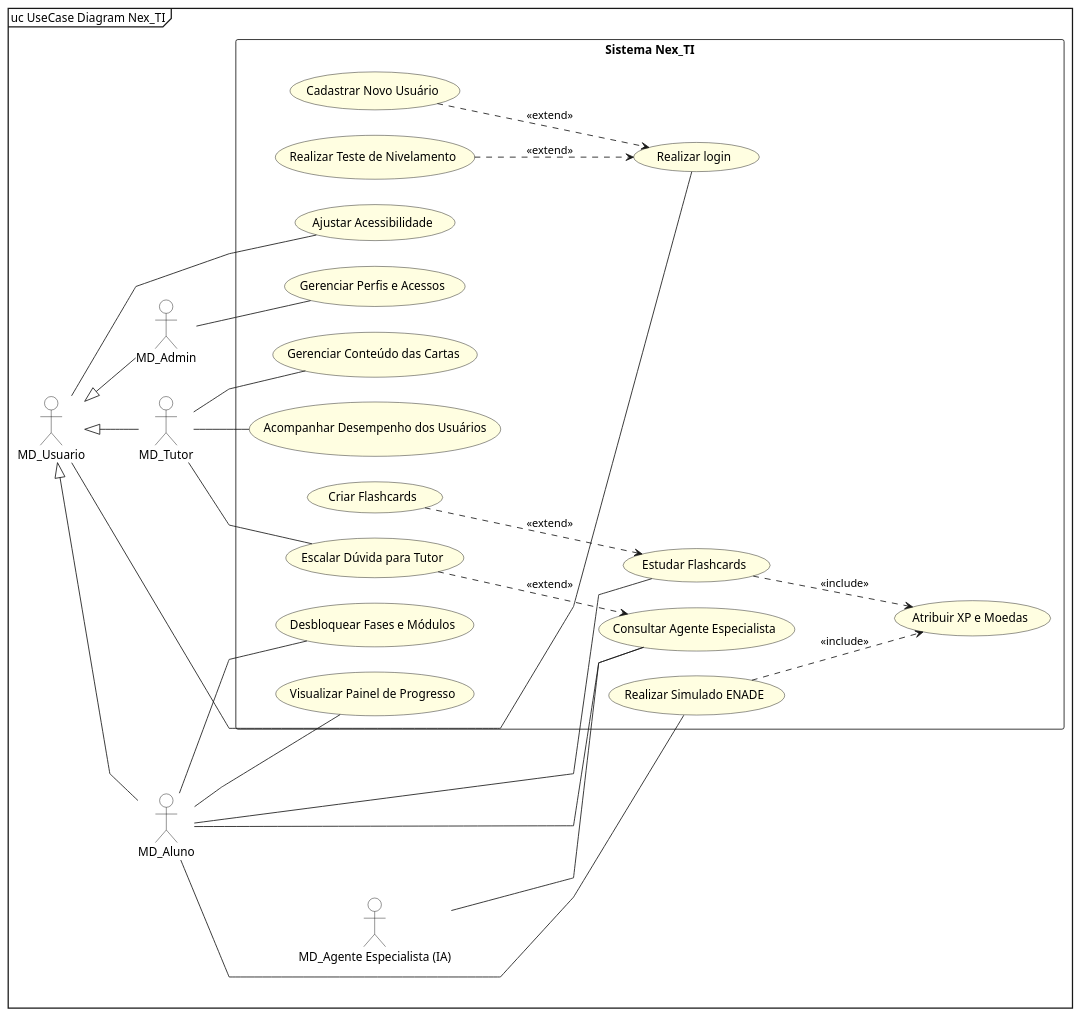
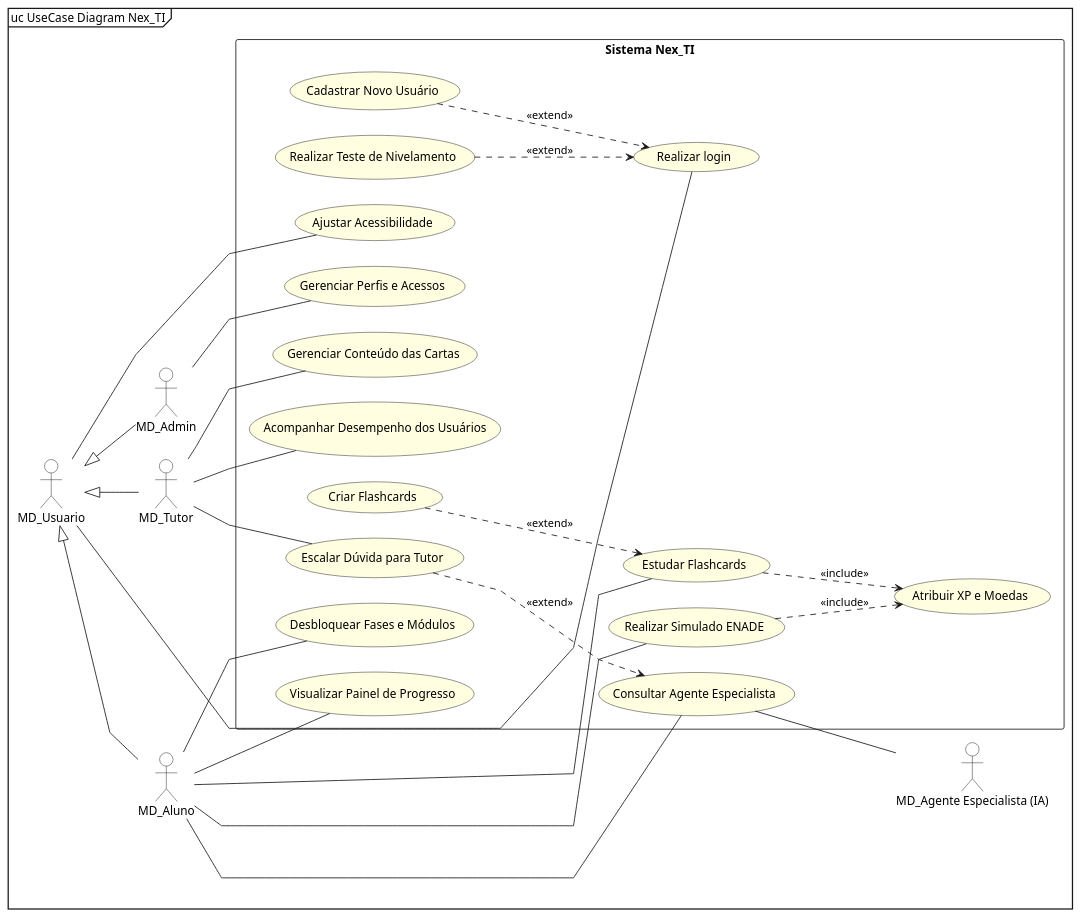
The diagram in 03_Artefatos_Gerados/Diagrama_Casos_Uso_Global.puml (MayconDIS/PIM_III-Documentacao_UML), drawn with PlantUML before and after one commit. The commit also changed 1 other file, not shown here.

Commit message:
style(uml): ajusta layout final do Diagrama de Casos de Uso e consolida artefatos

```diff
--- a/03_Artefatos_Gerados/Diagrama_Casos_Uso_Global.puml
+++ b/03_Artefatos_Gerados/Diagrama_Casos_Uso_Global.puml
@@ -1,86 +1,90 @@
 @startuml
 ' --- Estilo Astah Premium: Sincronia Total com Imagem de Referência ---
 mainframe uc UseCase Diagram Nex_TI
 
 left to right direction
 
 ' Configurações Visuais
 skinparam linetype polyline
 skinparam nodesep 30
 skinparam ranksep 60
 skinparam shadowing false
 
 ' Estilos de Cores (Fiel ao Astah)
 skinparam usecase {
     BackgroundColor #FFFEE1
     BorderColor Black
 }
 skinparam actor {
     BackgroundColor White
     BorderColor Black
 }
 
 ' Declaração dos Atores (Coluna Esquerda)
 actor "MD_Usuario" as Usuario
 actor "MD_Admin" as Admin
 actor "MD_Tutor" as Tutor
 actor "MD_Aluno" as Aluno
 
 ' Herança (Atores em árvore vertical no Astah)
-Admin -up-|> Usuario
-Tutor -up-|> Usuario
-Aluno -up-|> Usuario
+Usuario <|-- Admin
+Usuario <|-- Tutor
+Usuario <|-- Aluno
+
+Admin -[hidden]right- Tutor
+Tutor -[hidden]right- Aluno
 
 ' Ator IA (Lado Direito)
 actor "MD_Agente Especialista (IA)" as IA
 
 ' Caixa central do sistema
 rectangle "Sistema Nex_TI" {
     
     ' Coluna única de casos de uso para evitar largura excessiva
     usecase "Realizar login" as UC_Login
     usecase "Cadastrar Novo Usuário" as UC_Cadastrar
     usecase "Realizar Teste de Nivelamento" as UC_Teste
     usecase "Gerenciar Perfis e Acessos" as UC_GerenciarPerfis
     usecase "Gerenciar Conteúdo das Cartas" as UC_GerenciarConteudo
     usecase "Acompanhar Desempenho dos Usuários" as UC_Acompanhar
     usecase "Escalar Dúvida para Tutor" as UC_Escalar
     usecase "Consultar Agente Especialista" as UC_Consultar
     usecase "Estudar Flashcards" as UC_Estudar
     usecase "Criar Flashcards" as UC_Criar
     usecase "Realizar Simulado ENADE" as UC_Simulado
     usecase "Atribuir XP e Moedas" as UC_Atribuir
     usecase "Desbloquear Fases e Módulos" as UC_Desbloquear
     usecase "Visualizar Painel de Progresso" as UC_Painel
     usecase "Ajustar Acessibilidade" as UC_Acessibilidade
 
     ' Ocultamos o empilhamento manual pois o PlantUML em 'left to right direction'
     ' transforma -[hidden]down- em deslocamento horizontal, esticando a caixa.
-    ' O algoritmo nativo distribuirá melhor os casos de uso baseado nas ligações reais.
+    ' O algoritmo nativo distribuirá melhor os casos de uso baseado nas ligações reais,
+    ' recriando as 3 colunas visíveis no Astah (devido aos includes/extends).
 }
 
 ' Relacionamentos de Atores
 Usuario -- UC_Login
 Usuario -- UC_Acessibilidade
 Admin -- UC_GerenciarPerfis
 Tutor -- UC_GerenciarConteudo
 Tutor -- UC_Acompanhar
 Tutor -- UC_Escalar
 Aluno -- UC_Consultar
 Aluno -- UC_Estudar
 Aluno -- UC_Simulado
 Aluno -- UC_Desbloquear
 Aluno -- UC_Painel
 
-' IA
-IA -- UC_Consultar
+' IA (Posicionado à direita invertendo a ligação)
+UC_Consultar -- IA
 
 ' Relacionamentos Internos (Tracejados)
 UC_Cadastrar ..> UC_Login : <<extend>>
 UC_Teste ..> UC_Login : <<extend>>
 UC_Escalar ..> UC_Consultar : <<extend>>
 UC_Criar ..> UC_Estudar : <<extend>>
 UC_Estudar ..> UC_Atribuir : <<include>>
 UC_Simulado ..> UC_Atribuir : <<include>>
 
 @enduml
```
